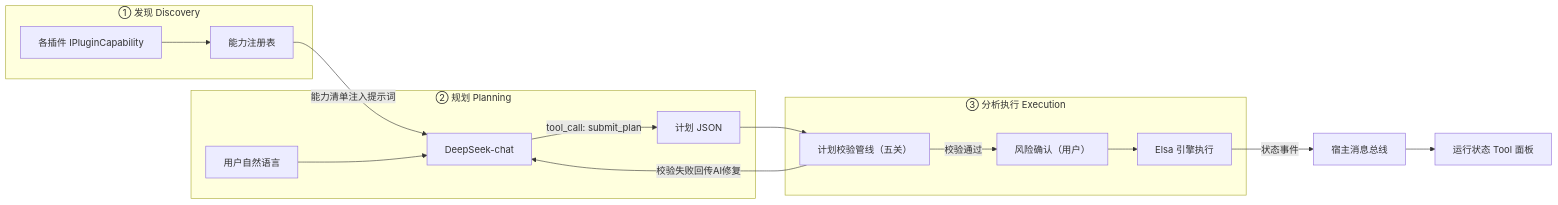
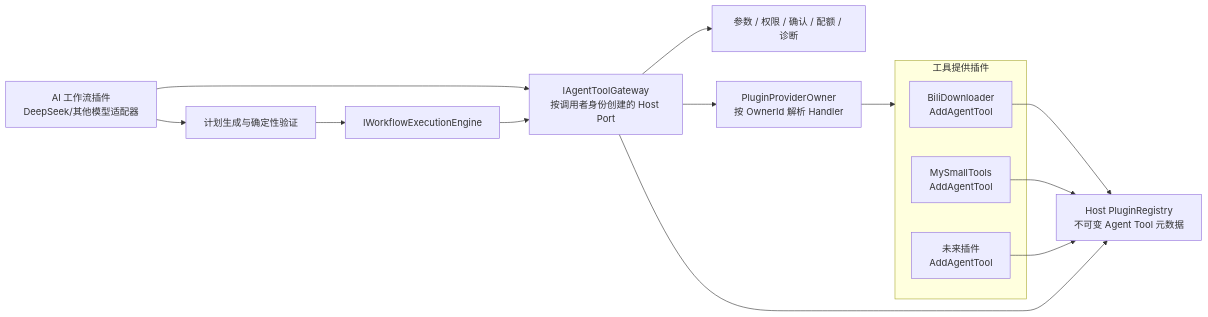
The diagram in docs/design/ai-workflow-plugin-exploration.md (crownclowngx/avalonia_dock_simple_test), drawn with Mermaid before and after one commit. The commit also changed other lines of this file, not shown here.

````diff
--- a/docs/design/ai-workflow-plugin-exploration.md
+++ b/docs/design/ai-workflow-plugin-exploration.md
@@ -49,19 +115,22 @@
 ```mermaid
 flowchart LR
-    subgraph Discovery["① 发现 Discovery"]
-        Plugins["各插件 IPluginCapability"] --> Registry["能力注册表"]
+    subgraph Providers["工具提供插件"]
+        Bili["BiliDownloader\nAddAgentTool"]
+        Small["MySmallTools\nAddAgentTool"]
+        Future["未来插件\nAddAgentTool"]
     end
-    subgraph Planning["② 规划 Planning"]
-        Registry -->|"能力清单注入提示词"| LLM["DeepSeek-chat"]
-        User["用户自然语言"] --> LLM
-        LLM -->|"tool_call: submit_plan"| Plan["计划 JSON"]
-    end
-    subgraph Execution["③ 分析执行 Execution"]
-        Plan --> Validator["计划校验管线（五关）"]
-        Validator -->|"校验失败回传AI修复"| LLM
-        Validator -->|"校验通过"| Confirm["风险确认（用户）"]
-        Confirm --> Elsa["Elsa 引擎执行"]
-    end
-    Elsa -->|"状态事件"| Bus["宿主消息总线"]
-    Bus --> ToolPanel["运行状态 Tool 面板"]
+
+    Bili --> Registry["Host PluginRegistry\n不可变 Agent Tool 元数据"]
+    Small --> Registry
+    Future --> Registry
+
+    Agent["AI 工作流插件\nDeepSeek/其他模型适配器"] --> Gateway["IAgentToolGateway\n按调用者身份创建的 Host Port"]
+    Gateway --> Registry
+    Gateway --> Policy["参数 / 权限 / 确认 / 配额 / 诊断"]
+    Gateway --> Owner["PluginProviderOwner\n按 OwnerId 解析 Handler"]
+    Owner --> Providers
+
+    Agent --> Planner["计划生成与确定性验证"]
+    Planner --> Executor["IWorkflowExecutionEngine"]
+    Executor --> Gateway
 ```
````
